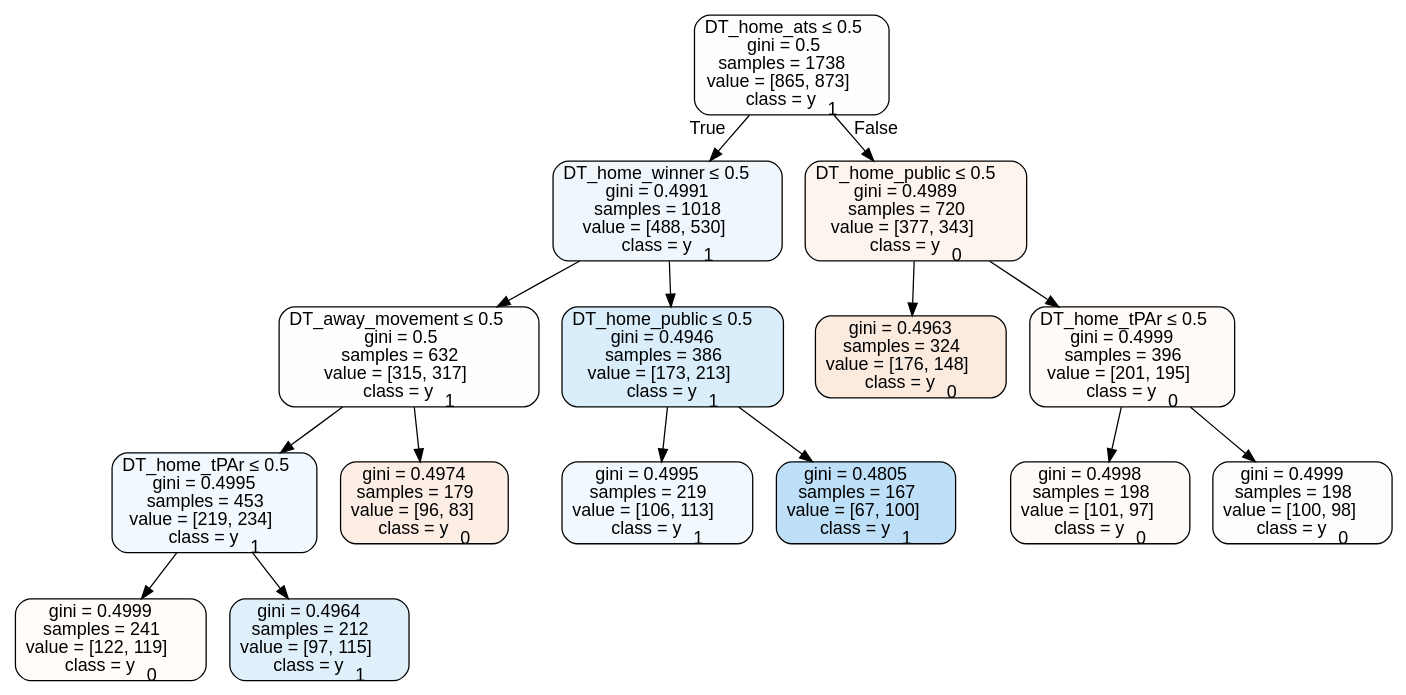
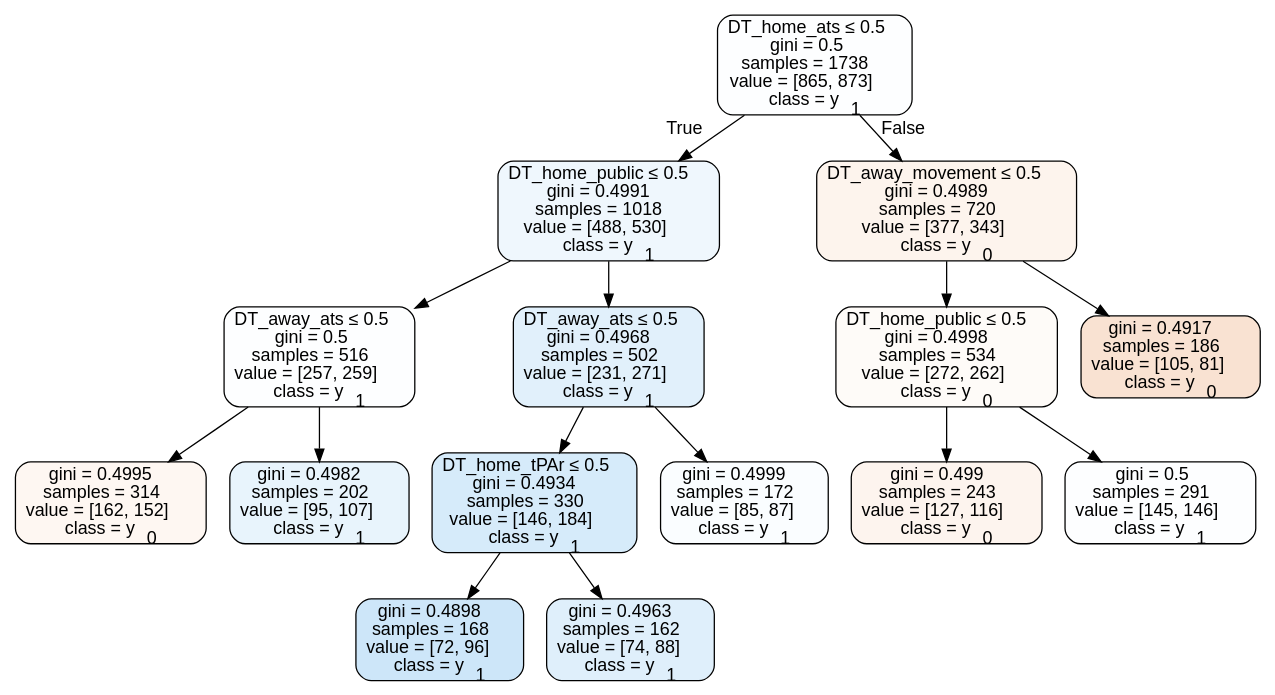
Before and after one commit to usbogie/ncaa-bets: the diagram in tree_data/tree2014neutral.dot, drawn with Graphviz. The commit also changed 22 other files, not shown here.

```diff
--- a/tree_data/tree2014neutral.dot
+++ b/tree_data/tree2014neutral.dot
@@ -1,33 +1,33 @@
 digraph Tree {
 node [shape=box, style="filled, rounded", color="black", fontname=helvetica] ;
 edge [fontname=helvetica] ;
 0 [label=<DT_home_ats &le; 0.5<br/>gini = 0.5<br/>samples = 1738<br/>value = [865, 873]<br/>class = y<SUB>1</SUB>>, fillcolor="#399de502"] ;
-1 [label=<DT_home_winner &le; 0.5<br/>gini = 0.4991<br/>samples = 1018<br/>value = [488, 530]<br/>class = y<SUB>1</SUB>>, fillcolor="#399de514"] ;
+1 [label=<DT_home_public &le; 0.5<br/>gini = 0.4991<br/>samples = 1018<br/>value = [488, 530]<br/>class = y<SUB>1</SUB>>, fillcolor="#399de514"] ;
 0 -> 1 [labeldistance=2.5, labelangle=45, headlabel="True"] ;
-2 [label=<DT_away_movement &le; 0.5<br/>gini = 0.5<br/>samples = 632<br/>value = [315, 317]<br/>class = y<SUB>1</SUB>>, fillcolor="#399de502"] ;
+2 [label=<DT_away_ats &le; 0.5<br/>gini = 0.5<br/>samples = 516<br/>value = [257, 259]<br/>class = y<SUB>1</SUB>>, fillcolor="#399de502"] ;
 1 -> 2 ;
-3 [label=<DT_home_tPAr &le; 0.5<br/>gini = 0.4995<br/>samples = 453<br/>value = [219, 234]<br/>class = y<SUB>1</SUB>>, fillcolor="#399de510"] ;
+3 [label=<gini = 0.4995<br/>samples = 314<br/>value = [162, 152]<br/>class = y<SUB>0</SUB>>, fillcolor="#e5813910"] ;
 2 -> 3 ;
-4 [label=<gini = 0.4999<br/>samples = 241<br/>value = [122, 119]<br/>class = y<SUB>0</SUB>>, fillcolor="#e5813906"] ;
-3 -> 4 ;
-5 [label=<gini = 0.4964<br/>samples = 212<br/>value = [97, 115]<br/>class = y<SUB>1</SUB>>, fillcolor="#399de528"] ;
-3 -> 5 ;
-6 [label=<gini = 0.4974<br/>samples = 179<br/>value = [96, 83]<br/>class = y<SUB>0</SUB>>, fillcolor="#e5813923"] ;
-2 -> 6 ;
-7 [label=<DT_home_public &le; 0.5<br/>gini = 0.4946<br/>samples = 386<br/>value = [173, 213]<br/>class = y<SUB>1</SUB>>, fillcolor="#399de530"] ;
-1 -> 7 ;
-8 [label=<gini = 0.4995<br/>samples = 219<br/>value = [106, 113]<br/>class = y<SUB>1</SUB>>, fillcolor="#399de510"] ;
-7 -> 8 ;
-9 [label=<gini = 0.4805<br/>samples = 167<br/>value = [67, 100]<br/>class = y<SUB>1</SUB>>, fillcolor="#399de554"] ;
-7 -> 9 ;
-10 [label=<DT_home_public &le; 0.5<br/>gini = 0.4989<br/>samples = 720<br/>value = [377, 343]<br/>class = y<SUB>0</SUB>>, fillcolor="#e5813917"] ;
+4 [label=<gini = 0.4982<br/>samples = 202<br/>value = [95, 107]<br/>class = y<SUB>1</SUB>>, fillcolor="#399de51d"] ;
+2 -> 4 ;
+5 [label=<DT_away_ats &le; 0.5<br/>gini = 0.4968<br/>samples = 502<br/>value = [231, 271]<br/>class = y<SUB>1</SUB>>, fillcolor="#399de526"] ;
+1 -> 5 ;
+6 [label=<DT_home_tPAr &le; 0.5<br/>gini = 0.4934<br/>samples = 330<br/>value = [146, 184]<br/>class = y<SUB>1</SUB>>, fillcolor="#399de535"] ;
+5 -> 6 ;
+7 [label=<gini = 0.4898<br/>samples = 168<br/>value = [72, 96]<br/>class = y<SUB>1</SUB>>, fillcolor="#399de540"] ;
+6 -> 7 ;
+8 [label=<gini = 0.4963<br/>samples = 162<br/>value = [74, 88]<br/>class = y<SUB>1</SUB>>, fillcolor="#399de529"] ;
+6 -> 8 ;
+9 [label=<gini = 0.4999<br/>samples = 172<br/>value = [85, 87]<br/>class = y<SUB>1</SUB>>, fillcolor="#399de506"] ;
+5 -> 9 ;
+10 [label=<DT_away_movement &le; 0.5<br/>gini = 0.4989<br/>samples = 720<br/>value = [377, 343]<br/>class = y<SUB>0</SUB>>, fillcolor="#e5813917"] ;
 0 -> 10 [labeldistance=2.5, labelangle=-45, headlabel="False"] ;
-11 [label=<gini = 0.4963<br/>samples = 324<br/>value = [176, 148]<br/>class = y<SUB>0</SUB>>, fillcolor="#e5813929"] ;
+11 [label=<DT_home_public &le; 0.5<br/>gini = 0.4998<br/>samples = 534<br/>value = [272, 262]<br/>class = y<SUB>0</SUB>>, fillcolor="#e5813909"] ;
 10 -> 11 ;
-12 [label=<DT_home_tPAr &le; 0.5<br/>gini = 0.4999<br/>samples = 396<br/>value = [201, 195]<br/>class = y<SUB>0</SUB>>, fillcolor="#e5813908"] ;
-10 -> 12 ;
-13 [label=<gini = 0.4998<br/>samples = 198<br/>value = [101, 97]<br/>class = y<SUB>0</SUB>>, fillcolor="#e581390a"] ;
-12 -> 13 ;
-14 [label=<gini = 0.4999<br/>samples = 198<br/>value = [100, 98]<br/>class = y<SUB>0</SUB>>, fillcolor="#e5813905"] ;
-12 -> 14 ;
+12 [label=<gini = 0.499<br/>samples = 243<br/>value = [127, 116]<br/>class = y<SUB>0</SUB>>, fillcolor="#e5813916"] ;
+11 -> 12 ;
+13 [label=<gini = 0.5<br/>samples = 291<br/>value = [145, 146]<br/>class = y<SUB>1</SUB>>, fillcolor="#399de502"] ;
+11 -> 13 ;
+14 [label=<gini = 0.4917<br/>samples = 186<br/>value = [105, 81]<br/>class = y<SUB>0</SUB>>, fillcolor="#e581393a"] ;
+10 -> 14 ;
 }
```
